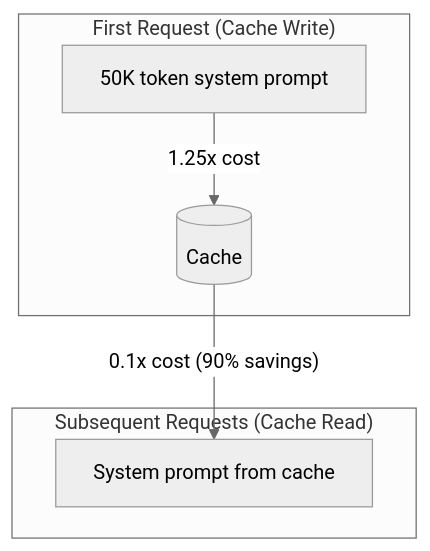
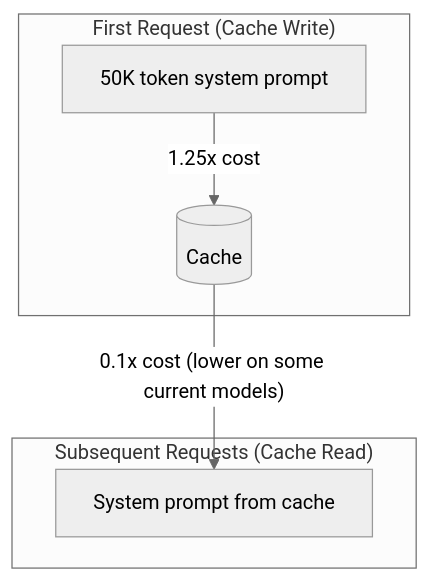
The fourth of 6 diagrams in content/skillup/ccaf/notes/d5-context-management.md (ajeetchouksey/ajch_skillup), drawn with Mermaid (neutral theme) before and after one commit. The commit also changed other lines of this file and 157 other files, not shown here.

````diff
--- a/content/skillup/ccaf/notes/d5-context-management.md
+++ b/content/skillup/ccaf/notes/d5-context-management.md
@@ -271,10 +269,10 @@
 ```mermaid
 graph TD
     subgraph "First Request (Cache Write)"
         R1[50K token system prompt] -->|"1.25x cost"| CACHE[(Cache)]
     end
 
     subgraph "Subsequent Requests (Cache Read)"
-        CACHE -->|"0.1x cost (90% savings)"| R2[System prompt from cache]
+        CACHE -->|"0.1x cost (lower on some current models)"| R2[System prompt from cache]
     end
 ```
````
